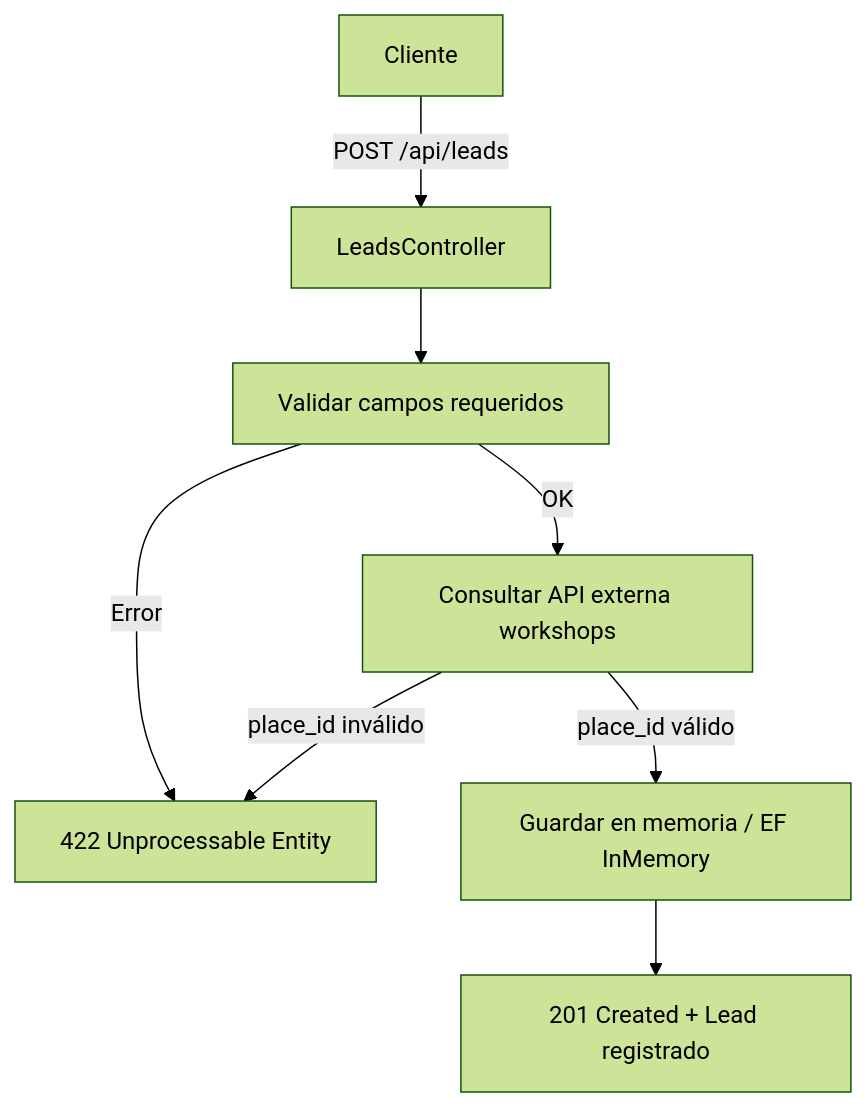
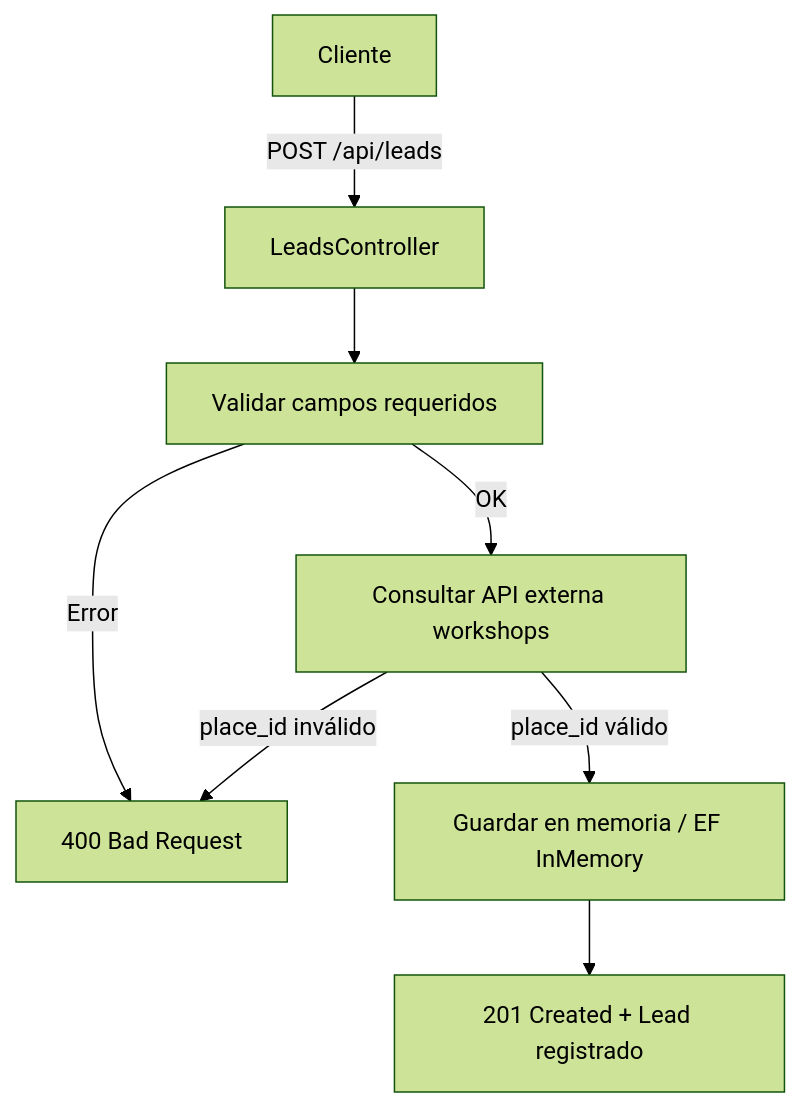
The diagram in README.md (iambenjamin-developer/boxes-challenge), drawn with Mermaid (forest theme) before and after one commit. The commit also changed other lines of this file, not shown here.

````diff
--- a/README.md
+++ b/README.md
@@ -5,12 +5,12 @@
 ```mermaid
 flowchart TD
     A[Cliente] -->|POST /api/leads| B[LeadsController]
     B --> C[Validar campos requeridos]
     C -->|OK| D[Consultar API externa workshops]
     C -->|Error| F[400 Bad Request]
 
     D -->|place_id válido| E[Guardar en memoria / EF InMemory]
-    D -->|place_id inválido| F[422 Unprocessable Entity]
+    D -->|place_id inválido| F[400 Bad Request]
 
     E --> G[201 Created + Lead registrado]
 ```
````
